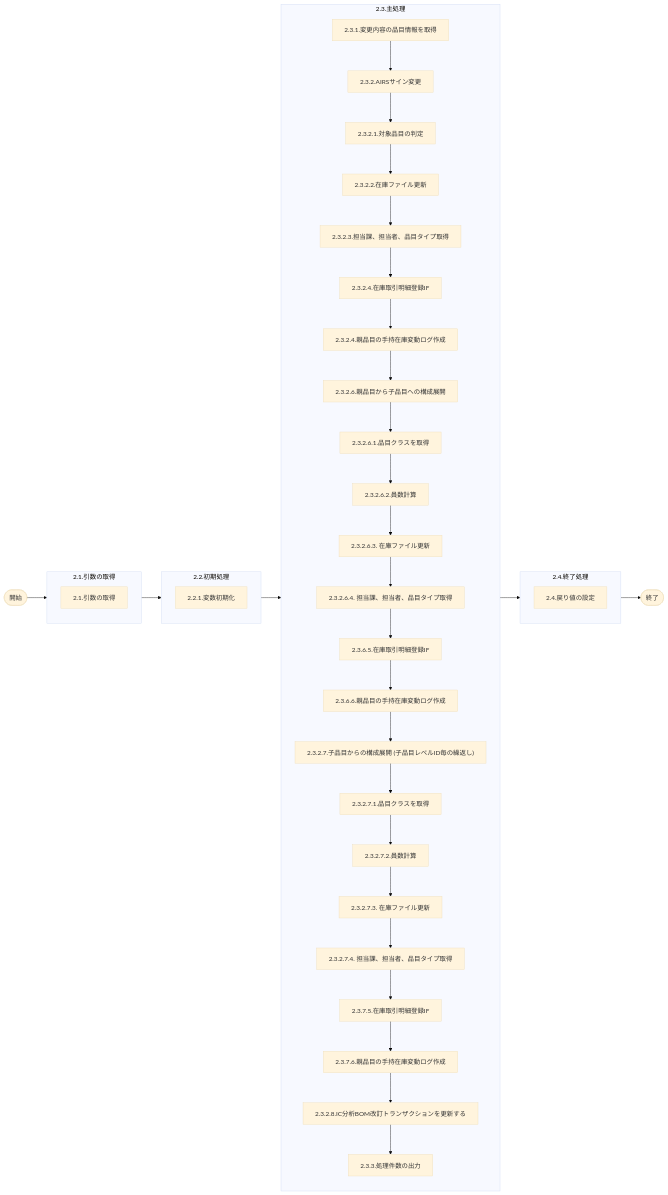
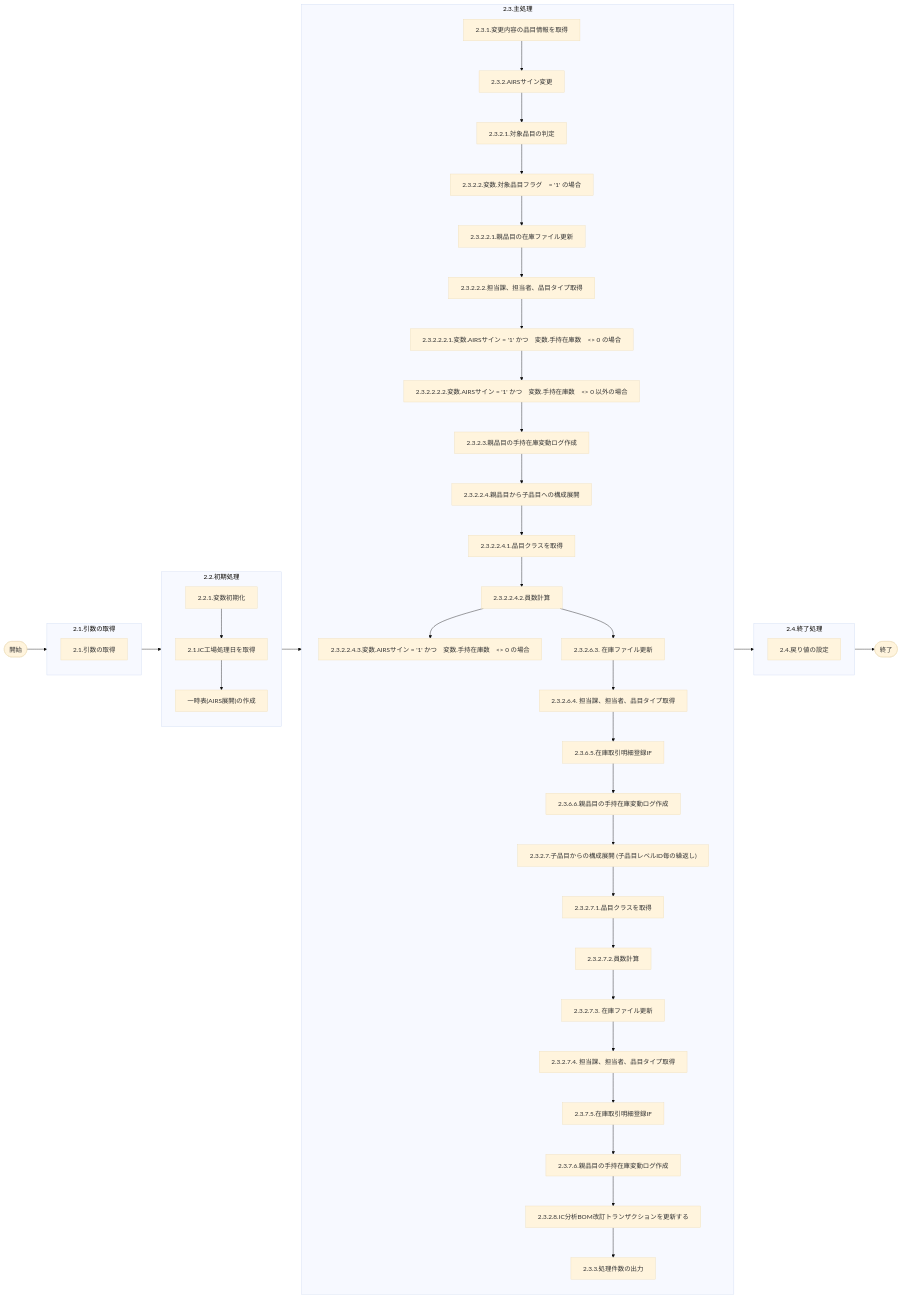
One commit to huangyiyong-xm/GIMAC_IC_design changed the diagram in LDPS0003_詳細設計_AIRSサイン変更.md. Above: the diagram before and after it, drawn with Mermaid (base theme). The commit also changed other lines of this file, not shown here.

````diff
--- a/LDPS0003_詳細設計_AIRSサイン変更.md
+++ b/LDPS0003_詳細設計_AIRSサイン変更.md
@@ -16,50 +16,55 @@
 ```mermaid
 flowchart LR
    %% メインフローブランチ
    start(["開始"]) --> argBlock --> initBlock --> mainBlock --> endBlock --> endStatus(["終了"])
  
    %% 引数処理詳細フロー
    subgraph argBlock ["2.1.引数の取得"]
      arg_process_and_check["<div style='white-space: nowrap;'>2.1.引数の取得</div>"]
    end
  
    %% 初期処理詳細フロー
    subgraph initBlock ["2.2.初期処理"]
       init_process["<div style='white-space: nowrap;'>2.2.1.変数初期化</div>"]
+      init_process --> getSlipDay["<div style='white-space: nowrap;'>2.1.IC工場処理日を取得</div>"]
+      getSlipDay --> tempTableCreate["<div style='white-space: nowrap;'>一時表(AIRS展開)の作成</div>"]
    end
  
    %% 主処理詳細フロー
    subgraph mainBlock ["2.3.主処理"]
      main_process["<div style='white-space: nowrap;'>2.3.1.変更内容の品目情報を取得</div>"] 
      main_process --> airSign["<div style='white-space: nowrap;'>2.3.2.AIRSサイン変更</div>"] 
      airSign --> flagCheck["<div style='white-space: nowrap;'>2.3.2.1.対象品目の判定</div>"] 
-     flagCheck --> updateTrn1["<div style='white-space: nowrap;'>2.3.2.2.在庫ファイル更新</div>"] 
-     updateTrn1 --> getSection["<div style='white-space: nowrap;'>2.3.2.3.担当課、担当者、品目タイプ取得</div>"] 
-     getSection --> callLDAS0429By1["<div style='white-space: nowrap;'>2.3.2.4.在庫取引明細登録IF</div>"] 
-     callLDAS0429By1 --> logInsert1["<div style='white-space: nowrap;'>2.3.2.4.親品目の手持在庫変動ログ作成</div>"] 
-     logInsert1 --> expend1["<div style='white-space: nowrap;'>2.3.2.6.親品目から子品目への構成展開</div>"] 
-     expend1 --> getItemClass["<div style='white-space: nowrap;'>2.3.2.6.1.品目クラスを取得</div>"] 
-     getItemClass --> callLDYS0002By1["<div style='white-space: nowrap;'>2.3.2.6.2.員数計算</div>"] 
+     flagCheck --> Situation1["<div style='white-space: nowrap;'>2.3.2.2.変数.対象品目フラグ　= '1' の場合</div>"]   
+     Situation1 --> updateTrn1["<div style='white-space: nowrap;'>2.3.2.2.1.親品目の在庫ファイル更新</div>"] 
+     updateTrn1 --> getSection["<div style='white-space: nowrap;'>2.3.2.2.2.担当課、担当者、品目タイプ取得</div>"] 
+     getSection --> Situation1_1["<div style='white-space: nowrap;'>2.3.2.2.2.1.変数.AIRSサイン = '1' かつ　変数.手持在庫数　<> 0 の場合</div>"]
+     Situation1_1 --> Situation1_2["<div style='white-space: nowrap;'>2.3.2.2.2.2.変数.AIRSサイン = '1' かつ　変数.手持在庫数　<> 0 以外の場合</div>"]
+     Situation1_2 --> logInsert1["<div style='white-space: nowrap;'>2.3.2.3.親品目の手持在庫変動ログ作成</div>"] 
+     logInsert1 --> expend1["<div style='white-space: nowrap;'>2.3.2.2.4.親品目から子品目への構成展開</div>"] 
+     expend1 --> getItemClass["<div style='white-space: nowrap;'>2.3.2.2.4.1.品目クラスを取得</div>"] 
+     getItemClass --> callLDYS0002By1["<div style='white-space: nowrap;'>2.3.2.2.4.2.員数計算</div>"]
+     callLDYS0002By1 --> Situation2_1["<div style='white-space: nowrap;'>2.3.2.2.4.3.変数.AIRSサイン = '1' かつ　変数.手持在庫数　<> 0 の場合</div>"]
      callLDYS0002By1 --> updateTrn2["<div style='white-space: nowrap;'>2.3.2.6.3. 在庫ファイル更新</div>"] 
      updateTrn2 --> getSection2["<div style='white-space: nowrap;'>2.3.2.6.4. 担当課、担当者、品目タイプ取得</div>"] 
      getSection2 --> callLDAS0429By2["<div style='white-space: nowrap;'>2.3.6.5.在庫取引明細登録IF</div>"] 
      callLDAS0429By2 --> logInsert2["<div style='white-space: nowrap;'>2.3.6.6.親品目の手持在庫変動ログ作成</div>"] 
      logInsert2 --> expend2["<div style='white-space: nowrap;'>2.3.2.7.子品目からの構成展開 (子品目レベルID毎の繰返し)</div>"] 
      expend2 --> getItemClass2["<div style='white-space: nowrap;'>2.3.2.7.1.品目クラスを取得</div>"] 
      getItemClass2 --> callLDYS0002By2["<div style='white-space: nowrap;'>2.3.2.7.2.員数計算</div>"] 
      callLDYS0002By2 --> updateTrn3["<div style='white-space: nowrap;'>2.3.2.7.3. 在庫ファイル更新</div>"] 
      updateTrn3 --> getSection3["<div style='white-space: nowrap;'>2.3.2.7.4. 担当課、担当者、品目タイプ取得</div>"] 
      getSection3 --> callLDAS0429By3["<div style='white-space: nowrap;'>2.3.7.5.在庫取引明細登録IF</div>"] 
      callLDAS0429By3 --> logInsert3["<div style='white-space: nowrap;'>2.3.7.6.親品目の手持在庫変動ログ作成</div>"] 
      logInsert3 --> updateDerev["<div style='white-space: nowrap;'>2.3.2.8.IC分析BOM改訂トランザクションを更新する</div>"] 
      updateDerev --> log["<div style='white-space: nowrap;'>2.3.3.処理件数の出力</div>"]
    end
  
    %% 終了処理
    subgraph endBlock ["2.4.終了処理"]
      end_process["<div style='white-space: nowrap;'>2.4.戻り値の設定</div>"]
    end
  
    class start,end_process startEnd
    class arg_process,init_process,main_process process
 ```
````
